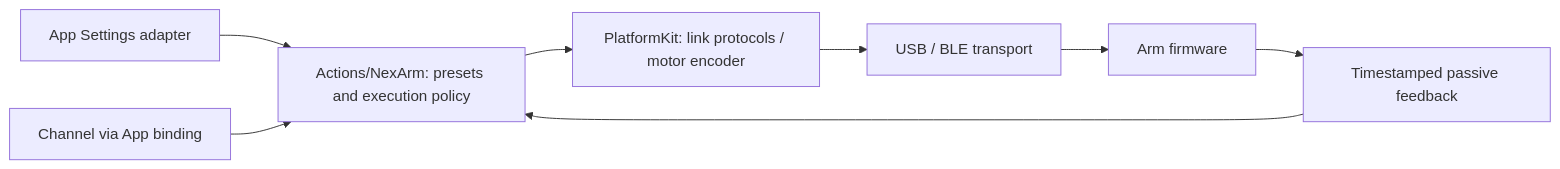
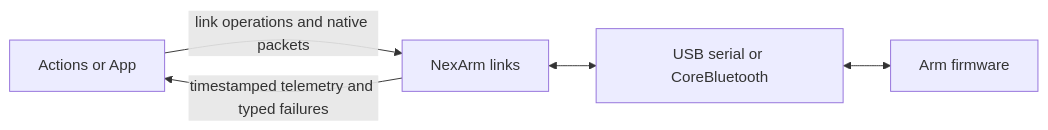
Before and after one commit to devilyouwei/MobileHarness: the diagram in MobileHarness/PlatformKit/Connectivity/NexArm/README.md, drawn with Mermaid. The commit also changed other lines of this file and 116 other files, not shown here.

````diff
--- a/MobileHarness/PlatformKit/Connectivity/NexArm/README.md
+++ b/MobileHarness/PlatformKit/Connectivity/NexArm/README.md
@@ -13,10 +15,7 @@
 ```mermaid
 flowchart LR
-    Settings[App Settings adapter] --> Actions[Actions/NexArm: presets and execution policy]
-    Channel[Channel via App binding] --> Actions
-    Actions --> Protocol[PlatformKit: link protocols / motor encoder]
-    Protocol --> Transport[USB / BLE transport]
-    Transport --> Device[Arm firmware]
-    Device --> Feedback[Timestamped passive feedback]
-    Feedback --> Actions
+ Caller[Actions or App] -->|link operations and native packets| SDK[NexArm links]
+ SDK <--> Transport[USB serial or CoreBluetooth]
+ Transport <--> Firmware[Arm firmware]
+ SDK -->|timestamped telemetry and typed failures| Caller
 ```
````
